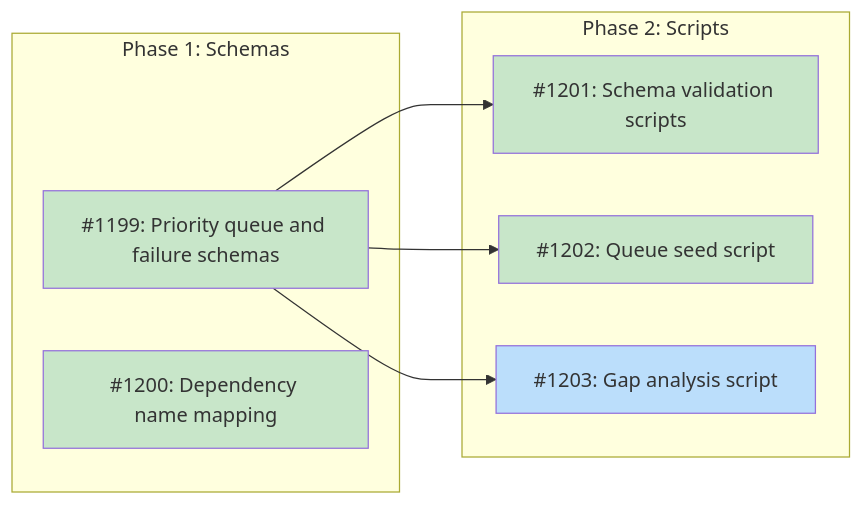
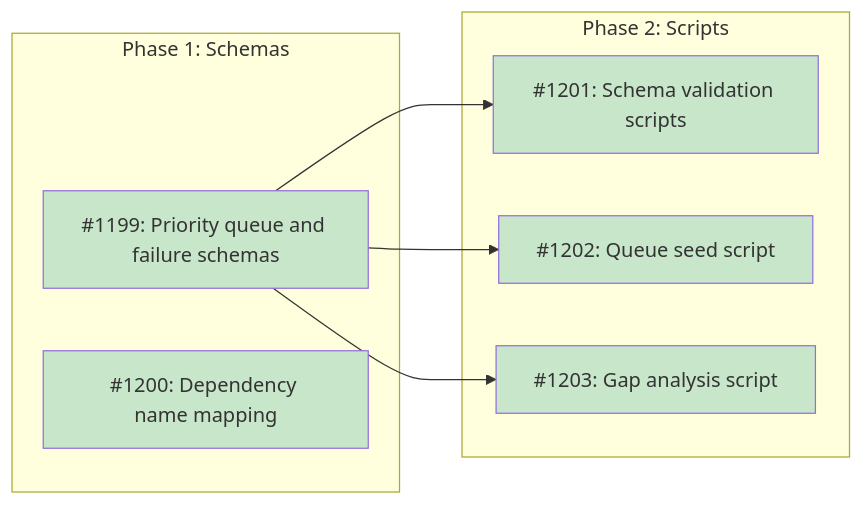
One commit to tsukumogami/tsuku changed the diagram in docs/designs/DESIGN-priority-queue.md. Above: the diagram before and after it, drawn with Mermaid. The commit also changed other lines of this file and 2 other files, not shown here.

Commit message:
feat(scripts): add gap analysis script (#1203) (#1234)
Add a gap analysis script that queries failure record data to find
packages
blocked by specific missing dependencies. This enables operators to
prioritize
which dependencies to add to the tsuku registry based on how many
downstream
packages they unblock.

The script reads `data/failures/*.json` files and supports filtering by
`--blocked-by`, `--ecosystem`, and `--environment`. Exit codes
distinguish
between matches found (0), no matches (1), and errors (2).

Also fixes the M-Visibility milestone label in the registry scale
strategy
design doc to match its actual GitHub title ("Tool Backlog Visibility").

````diff
--- a/docs/designs/DESIGN-priority-queue.md
+++ b/docs/designs/DESIGN-priority-queue.md
@@ -28,27 +28,27 @@
 ```mermaid
 graph LR
     subgraph Phase1["Phase 1: Schemas"]
         I1199["#1199: Priority queue and failure schemas"]
         I1200["#1200: Dependency name mapping"]
     end
 
     subgraph Phase2["Phase 2: Scripts"]
         I1201["#1201: Schema validation scripts"]
         I1202["#1202: Queue seed script"]
         I1203["#1203: Gap analysis script"]
     end
 
     I1199 --> I1201
     I1199 --> I1202
     I1199 --> I1203
 
     classDef done fill:#c8e6c9
     classDef ready fill:#bbdefb
     classDef blocked fill:#fff9c4
     classDef needsDesign fill:#e1bee7
 
     class I1199,I1200 done
     class I1201 done
     class I1202 done
-    class I1203 ready
+    class I1203 done
 ```
````
